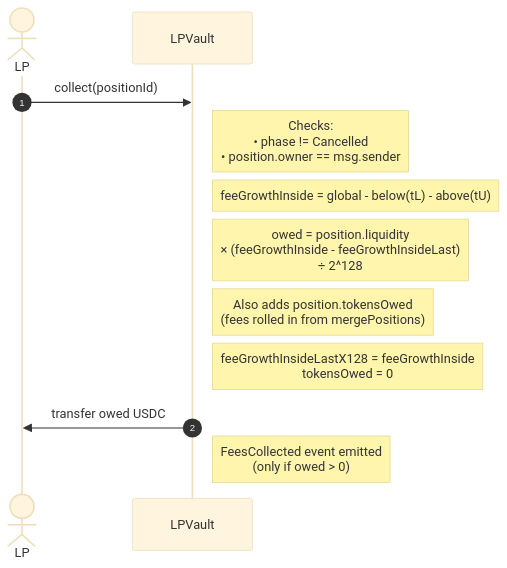
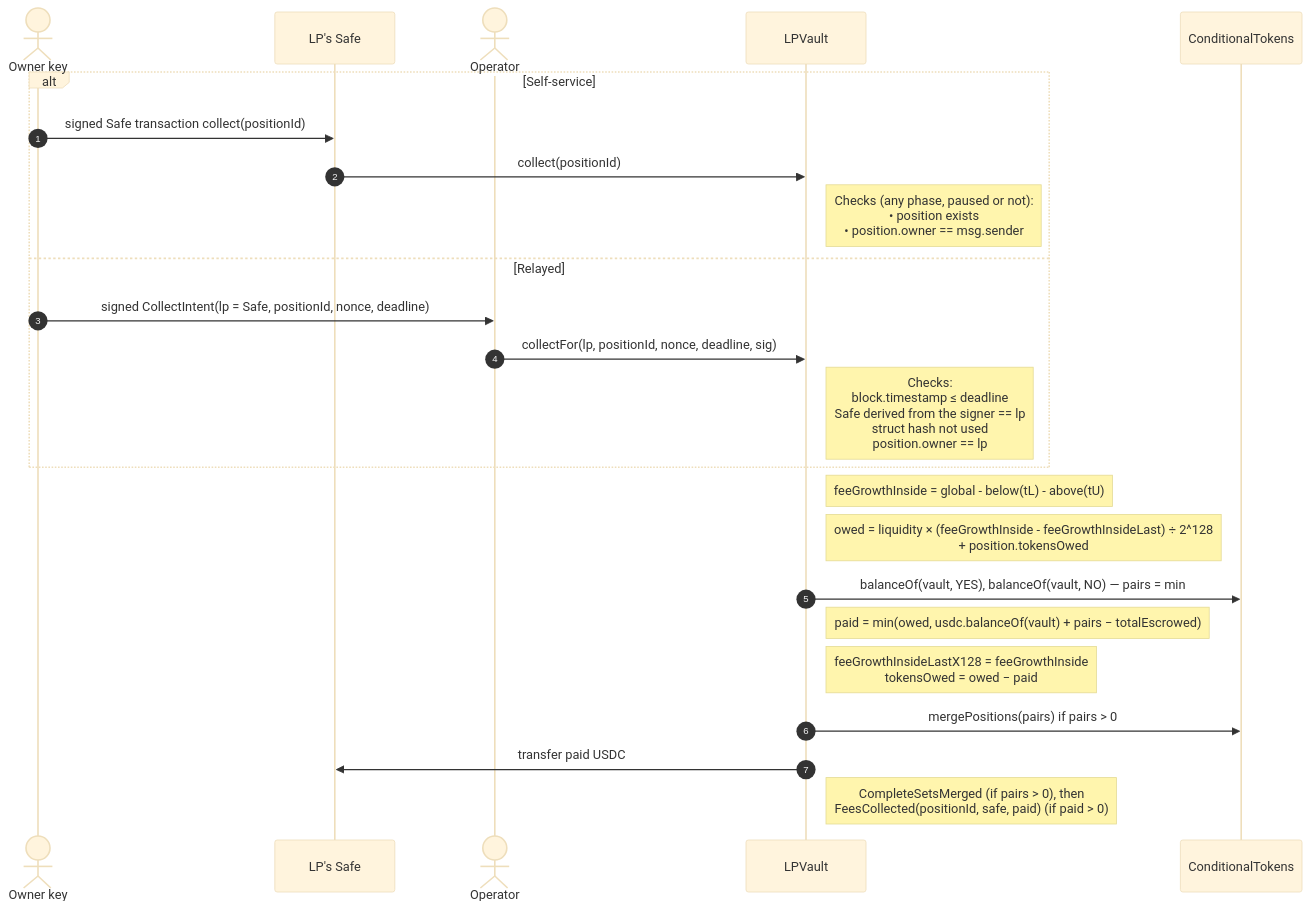
The sixth of 14 diagrams in FLOWS.md (ProphetMarket/lp-vaults), drawn with Mermaid (base theme) before and after one commit. The commit also changed other lines of this file and 3 other files, not shown here.

````diff
--- a/FLOWS.md
+++ b/FLOWS.md
@@ -204,17 +208,27 @@
 ```mermaid
 sequenceDiagram
     autonumber
-    actor LP
+    actor OwnerKey as Owner key
+    participant Safe as LP's Safe
+    actor Operator
     participant Vault as LPVault
+    participant CTF as ConditionalTokens
 
-    LP->>Vault: collect(positionId)
-    Note right of Vault: Checks:<br/>• phase != Cancelled<br/>• position.owner == msg.sender
-
+    alt Self-service
+        OwnerKey->>Safe: signed Safe transaction collect(positionId)
+        Safe->>Vault: collect(positionId)
+        Note right of Vault: Checks (any phase, paused or not):<br/>• position exists<br/>• position.owner == msg.sender
+    else Relayed
+        OwnerKey->>Operator: signed CollectIntent(lp = Safe, positionId, nonce, deadline)
+        Operator->>Vault: collectFor(lp, positionId, nonce, deadline, sig)
+        Note right of Vault: Checks:<br/>block.timestamp ≤ deadline<br/>Safe derived from the signer == lp<br/>struct hash not used<br/>position.owner == lp
+    end
     Note right of Vault: feeGrowthInside = global - below(tL) - above(tU)
-    Note right of Vault: owed = position.liquidity<br/>    × (feeGrowthInside - feeGrowthInsideLast)<br/>    ÷ 2^128
-    Note right of Vault: Also adds position.tokensOwed<br/>(fees rolled in from mergePositions)
-    Note right of Vault: feeGrowthInsideLastX128 = feeGrowthInside<br/>tokensOwed = 0
-
-    Vault->>LP: transfer owed USDC
-    Note right of Vault: FeesCollected event emitted<br/>(only if owed > 0)
+    Note right of Vault: owed = liquidity × (feeGrowthInside - feeGrowthInsideLast) ÷ 2^128<br/>+ position.tokensOwed
+    Vault->>CTF: balanceOf(vault, YES), balanceOf(vault, NO) — pairs = min
+    Note right of Vault: paid = min(owed, usdc.balanceOf(vault) + pairs − totalEscrowed)
+    Note right of Vault: feeGrowthInsideLastX128 = feeGrowthInside<br/>tokensOwed = owed − paid
+    Vault->>CTF: mergePositions(pairs) if pairs > 0
+    Vault->>Safe: transfer paid USDC
+    Note right of Vault: CompleteSetsMerged (if pairs > 0), then<br/>FeesCollected(positionId, safe, paid) (if paid > 0)
 ```
````
